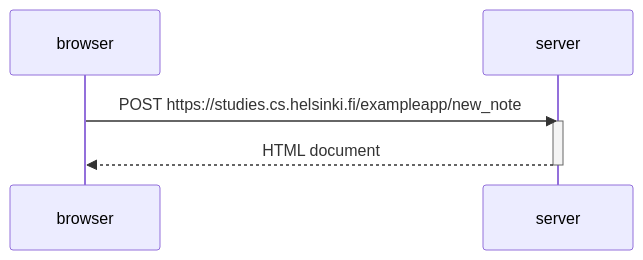
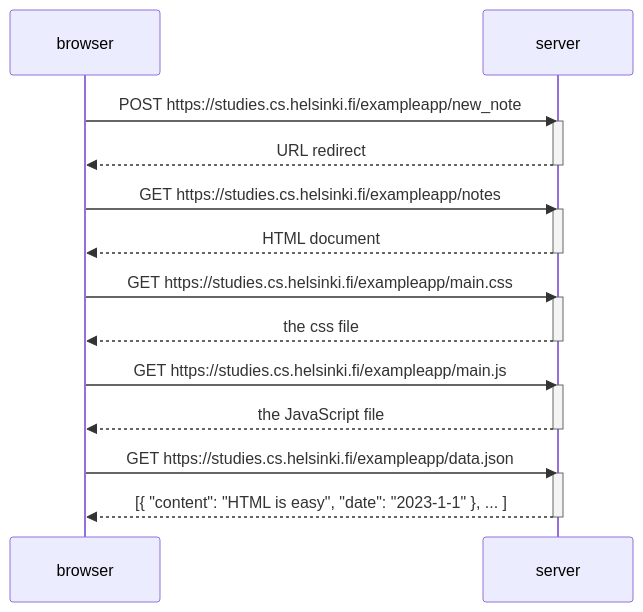
The diagram in part0/note.md (joekbullard/helsinki-mooc), drawn with Mermaid before and after one commit.

````diff
--- a/part0/note.md
+++ b/part0/note.md
@@ -1,10 +1,31 @@
 ```mermaid
 sequenceDiagram
     participant browser
     participant server
     
     browser->>server: POST https://studies.cs.helsinki.fi/exampleapp/new_note
     activate server
+    server-->>browser: URL redirect
+    deactivate server
+    
+    browser->>server: GET https://studies.cs.helsinki.fi/exampleapp/notes
+    activate server
     server-->>browser: HTML document
     deactivate server
+    
+    browser->>server: GET https://studies.cs.helsinki.fi/exampleapp/main.css
+    activate server
+    server-->>browser: the css file
+    deactivate server
+
+    browser->>server: GET https://studies.cs.helsinki.fi/exampleapp/main.js
+    activate server
+    server-->>browser: the JavaScript file
+    deactivate server
+    
+    browser->>server: GET https://studies.cs.helsinki.fi/exampleapp/data.json
+    activate server
+    server-->>browser: [{ "content": "HTML is easy", "date": "2023-1-1" }, ... ]
+    deactivate server
+
 ```    
````
